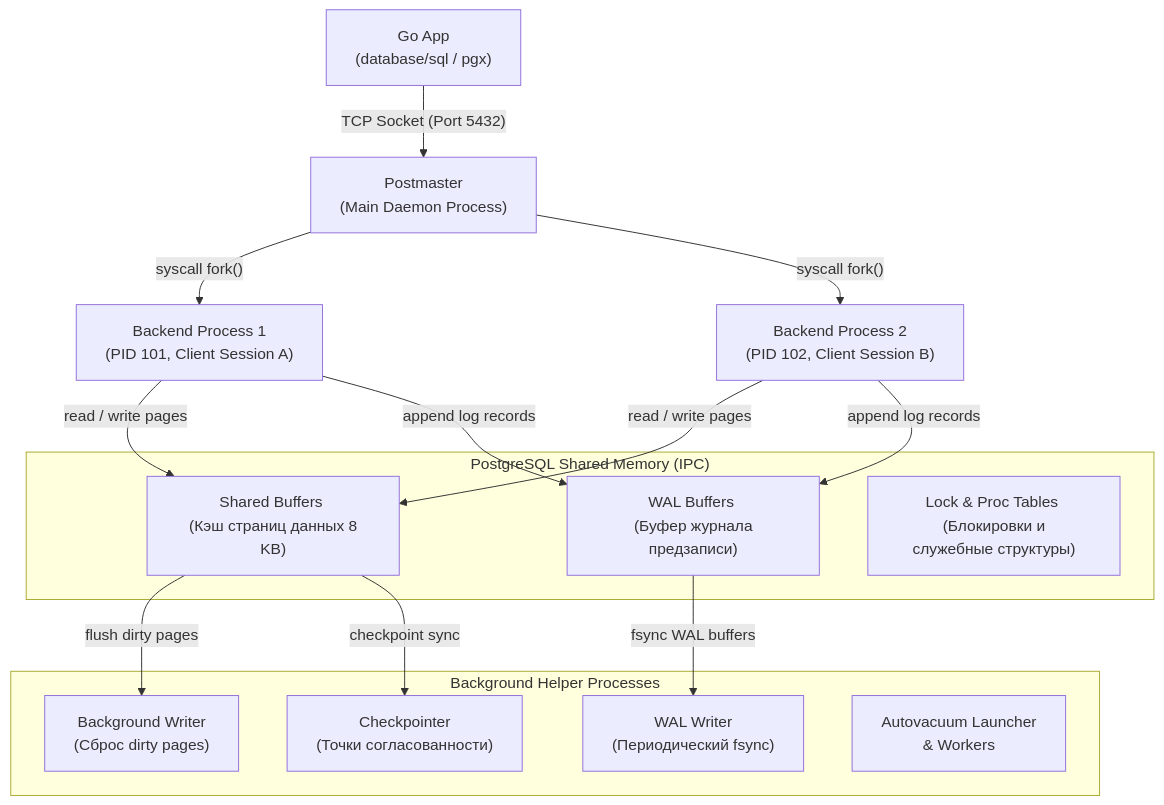
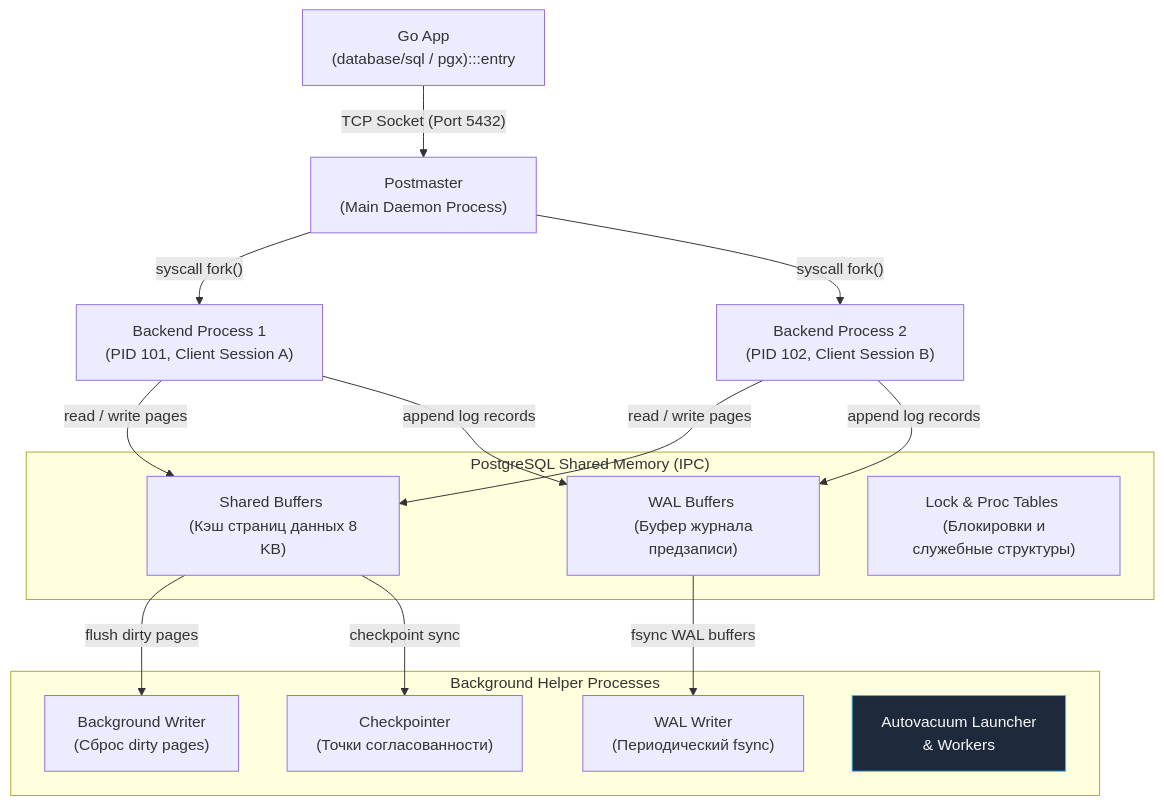
The first of 4 diagrams in sources/12. Базы данных/06. PostgreSQL/1. Архитектура PostgreSQL.md (UnrealTemplier/go-textbook), drawn with Mermaid before and after one commit. The commit also changed other lines of this file and 1666 other files, not shown here.

First line of the commit message:
feat(mermaid): add semantic color classDef to 1369 colorless flowchart/graph diagrams

````diff
--- a/sources/12. Базы данных/06. PostgreSQL/1. Архитектура PostgreSQL.md
+++ b/sources/12. Базы данных/06. PostgreSQL/1. Архитектура PostgreSQL.md
@@ -20,28 +20,38 @@
 ```mermaid
 flowchart TD
-    C["Go App <br> (database/sql / pgx)"] -->|"TCP Socket (Port 5432)"| PM["Postmaster <br> (Main Daemon Process)"]
+    classDef process  fill:#1e293b,stroke:#38bdf8,stroke-width:1px,color:#f8fafc
+    classDef success  fill:#064e3b,stroke:#34d399,stroke-width:1px,color:#f8fafc
+    classDef error    fill:#7f1d1d,stroke:#f87171,stroke-width:1px,color:#f8fafc
+    classDef warning  fill:#78350f,stroke:#fbbf24,stroke-width:1px,color:#f8fafc
+    classDef entry    fill:#1e3a5f,stroke:#38bdf8,stroke-width:2px,color:#f8fafc
+    classDef aux      fill:#334155,stroke:#64748b,stroke-width:1px,color:#f8fafc
+    classDef system   fill:#312e81,stroke:#a78bfa,stroke-width:1px,color:#f8fafc
+    classDef data     fill:#132d29,stroke:#2dd4bf,stroke-width:1px,color:#f8fafc
+    classDef network  fill:#881337,stroke:#fb7185,stroke-width:1px,color:#f8fafc
+    classDef accent   fill:#1e1b4b,stroke:#818cf8,stroke-width:1px,color:#f8fafc
+    C["Go App <br> (database/sql / pgx):::entry"] -->|"TCP Socket (Port 5432)"| PM["Postmaster <br> (Main Daemon Process)"]
     PM -->|"syscall fork()"| BP1["Backend Process 1 <br> (PID 101, Client Session A)"]
     PM -->|"syscall fork()"| BP2["Backend Process 2 <br> (PID 102, Client Session B)"]
 
     subgraph SharedMem ["PostgreSQL Shared Memory (IPC)"]
         SB["Shared Buffers <br> (Кэш страниц данных 8 KB)"]
         WB["WAL Buffers <br> (Буфер журнала предзаписи)"]
         LW["Lock & Proc Tables <br> (Блокировки и служебные структуры)"]
     end
 
     BP1 -->|"read / write pages"| SB
     BP1 -->|"append log records"| WB
     BP2 -->|"read / write pages"| SB
     BP2 -->|"append log records"| WB
 
     subgraph BGWorkers ["Background Helper Processes"]
         BGW["Background Writer <br> (Сброс dirty pages)"]
         WALW["WAL Writer <br> (Периодический fsync)"]
         CHK["Checkpointer <br> (Точки согласованности)"]
-        AV["Autovacuum Launcher <br> & Workers"]
+        AV["Autovacuum Launcher <br> & Workers"]:::process
     end
 
     SB -->|"flush dirty pages"| BGW
     WB -->|"fsync WAL buffers"| WALW
     SB -->|"checkpoint sync"| CHK
 ```
````
